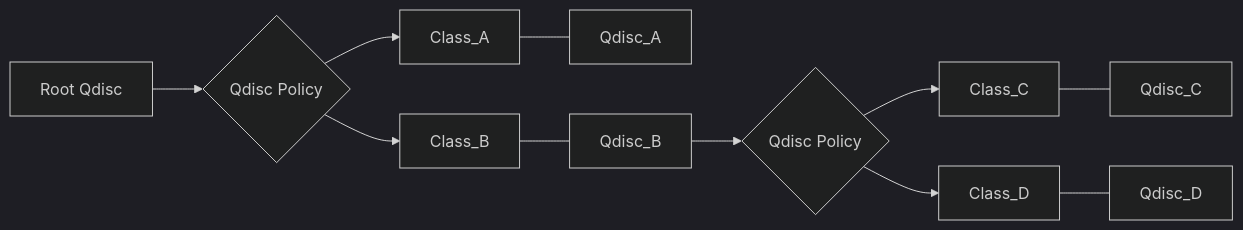
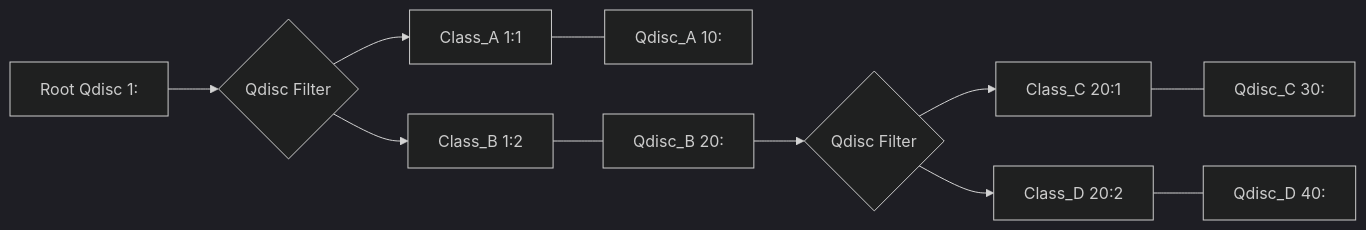
Before and after one commit to FXShu/Kernel-notes: the first of 2 diagrams in packet_schedule.md, drawn with Mermaid (dark theme). The commit also changed other lines of this file, not shown here.

````diff
--- a/packet_schedule.md
+++ b/packet_schedule.md
@@ -45,13 +26,13 @@
 ```mermaid
 	flowchart LR
-	A[Root Qdisc] --> Qdisc_Policy_A{Qdisc Policy}
-	Qdisc_Policy_A --> Class_A[Class_A]
-	Class_A --- Qdisc_A[Qdisc_A]
-	Qdisc_Policy_A --> Class_B[Class_B]
-	Class_B --- Qdisc_B[Qdisc_B]
-	Qdisc_B --> Qdisc_Policy_B{Qdisc Policy}
-	Qdisc_Policy_B --> Class_C[Class_C]
-	Class_C --- Qdisc_C[Qdisc_C]
-	Qdisc_Policy_B --> Class_D[Class_D]
-	Class_D --- Qdisc_D[Qdisc_D]
+	A[Root Qdisc 1:] --> Qdisc_Filter_A{Qdisc Filter}
+	Qdisc_Filter_A --> Class_A[Class_A 1:1]
+	Class_A --- Qdisc_A[Qdisc_A 10:]
+	Qdisc_Filter_A --> Class_B[Class_B 1:2]
+	Class_B --- Qdisc_B[Qdisc_B 20:]
+	Qdisc_B --> Qdisc_Filter_B{Qdisc Filter}
+	Qdisc_Filter_B --> Class_C[Class_C 20:1]
+	Class_C --- Qdisc_C[Qdisc_C 30:]
+	Qdisc_Filter_B --> Class_D[Class_D 20:2]
+	Class_D --- Qdisc_D[Qdisc_D 40:]
 ```
````
